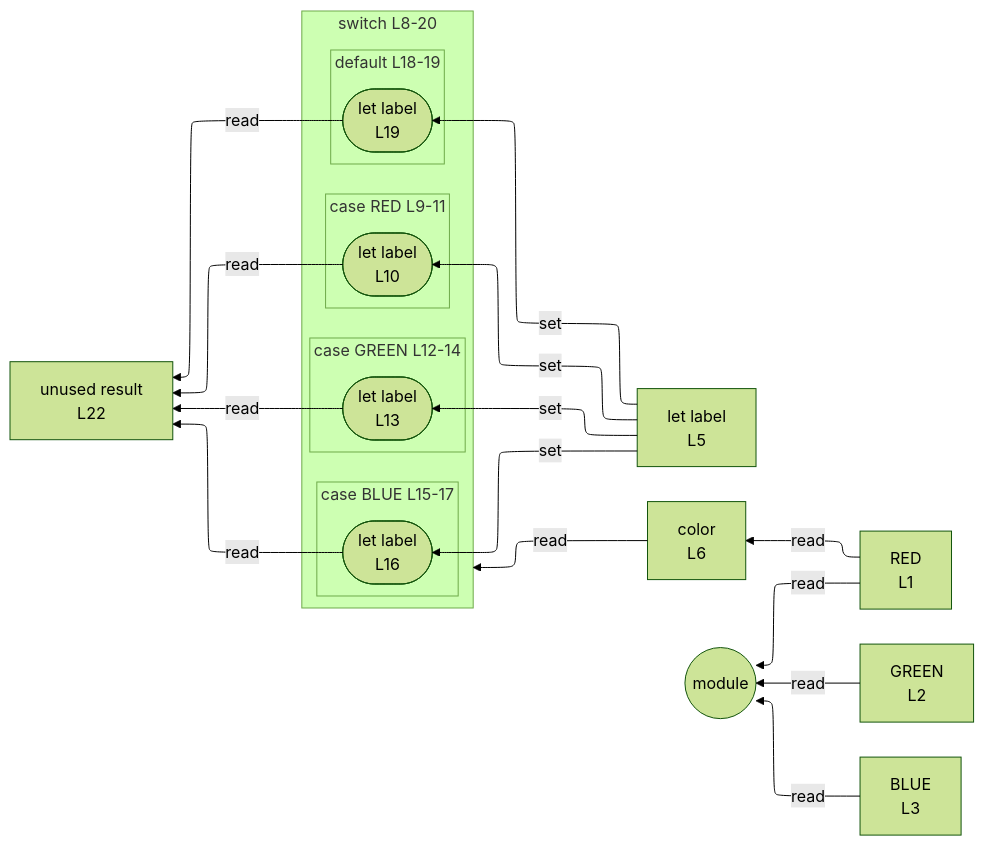
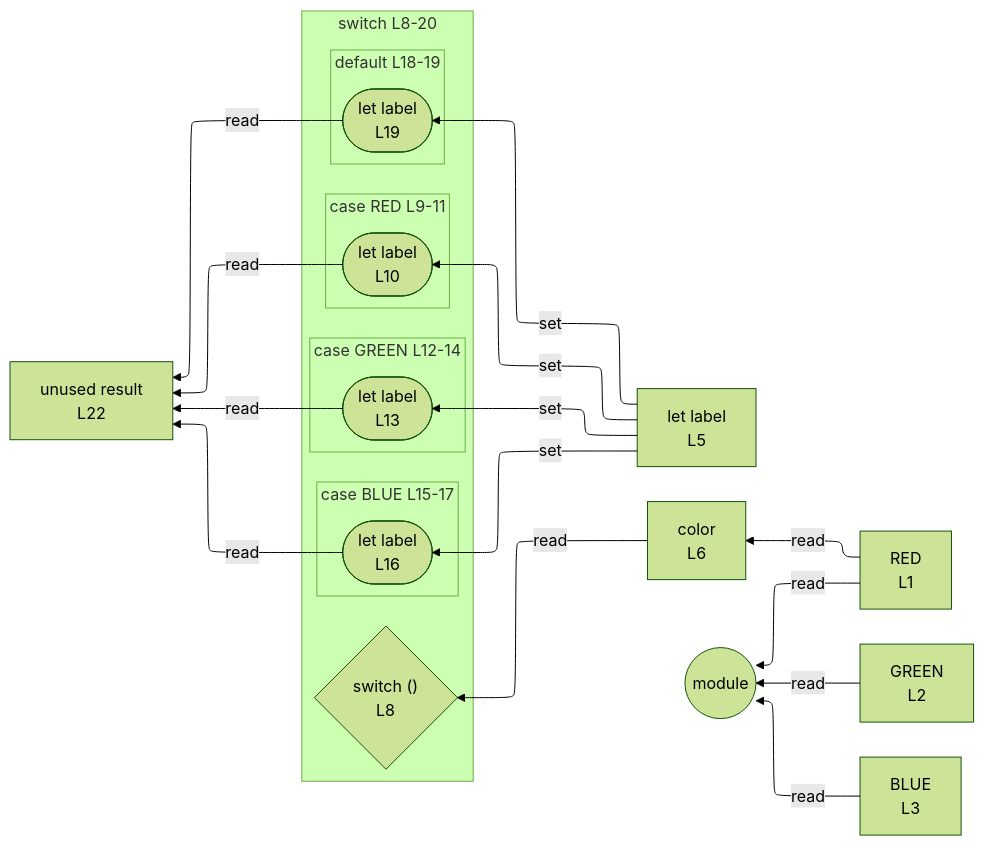
Before and after one commit to crescware/unsnarl: the diagram in integration/fixtures/control-switch-identifier/preview.md, drawn with Mermaid (forest theme). The commit also changed 65 other files, not shown here.

````diff
--- a/integration/fixtures/control-switch-identifier/preview.md
+++ b/integration/fixtures/control-switch-identifier/preview.md
@@ -32,43 +32,44 @@
 ```mermaid
 %%{init: {"flowchart": {"defaultRenderer": "elk"}}}%%
 flowchart RL
   n_scope_0_RED_6["RED<br/>L1"]
   n_scope_0_GREEN_23["GREEN<br/>L2"]
   n_scope_0_BLUE_42["BLUE<br/>L3"]
   n_scope_0_label_59["let label<br/>L5"]
   n_scope_0_color_77["color<br/>L6"]
   n_scope_0_result_283["unused result<br/>L22"]
   subgraph s_scope_1["switch L8-20"]
     direction RL
+    switch_discriminant_scope_0_91{"switch ()<br/>L8"}
     subgraph s_scope_2["case RED L9-11"]
       direction RL
       wr_ref_3(["let label<br/>L10"])
     end
     subgraph s_scope_3["case GREEN L12-14"]
       direction RL
       wr_ref_5(["let label<br/>L13"])
     end
     subgraph s_scope_4["case BLUE L15-17"]
       direction RL
       wr_ref_7(["let label<br/>L16"])
     end
     subgraph s_scope_5["default L18-19"]
       direction RL
       wr_ref_8(["let label<br/>L19"])
     end
   end
   n_scope_0_label_59 -->|set| wr_ref_3
   n_scope_0_label_59 -->|set| wr_ref_5
   n_scope_0_label_59 -->|set| wr_ref_7
   n_scope_0_label_59 -->|set| wr_ref_8
   n_scope_0_RED_6 -->|read| n_scope_0_color_77
-  n_scope_0_color_77 -->|read| s_scope_1
+  n_scope_0_color_77 -->|read| switch_discriminant_scope_0_91
   n_scope_0_RED_6 -->|read| module_root
   n_scope_0_GREEN_23 -->|read| module_root
   n_scope_0_BLUE_42 -->|read| module_root
   wr_ref_3 -->|read| n_scope_0_result_283
   wr_ref_5 -->|read| n_scope_0_result_283
   wr_ref_7 -->|read| n_scope_0_result_283
   wr_ref_8 -->|read| n_scope_0_result_283
   module_root((module))
 ```
````
